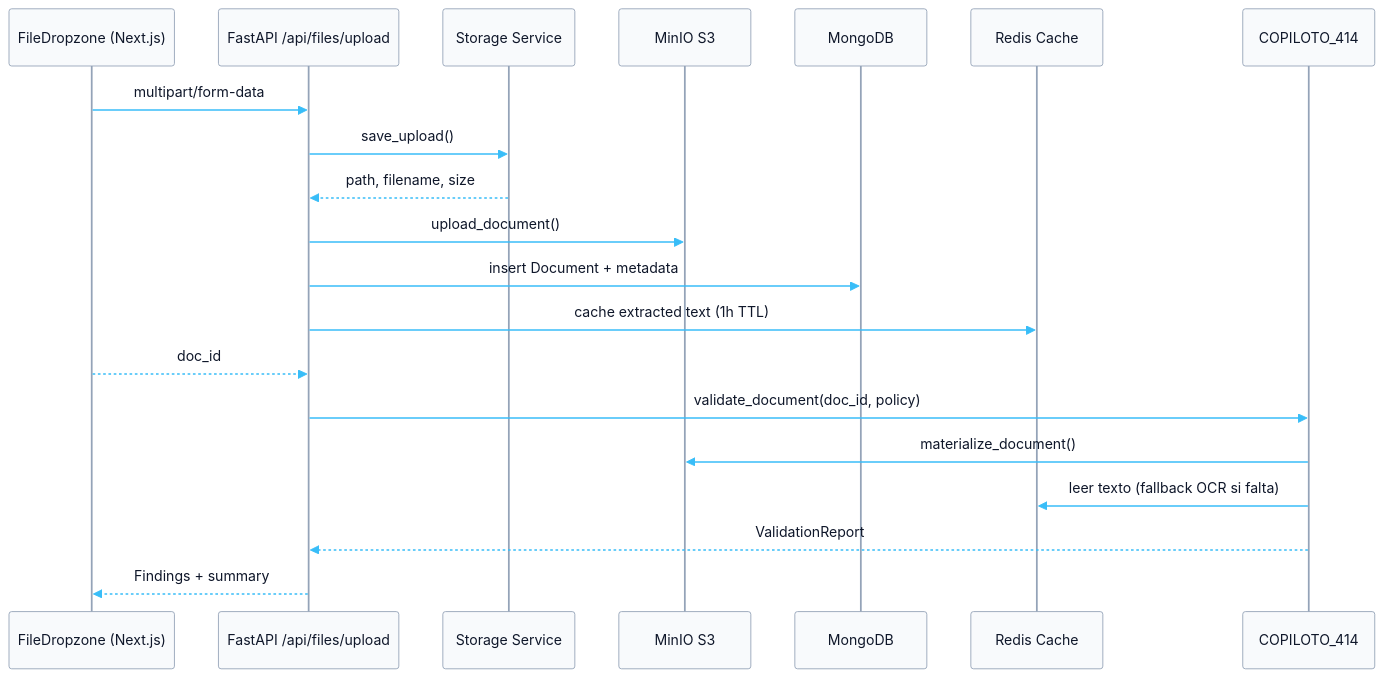
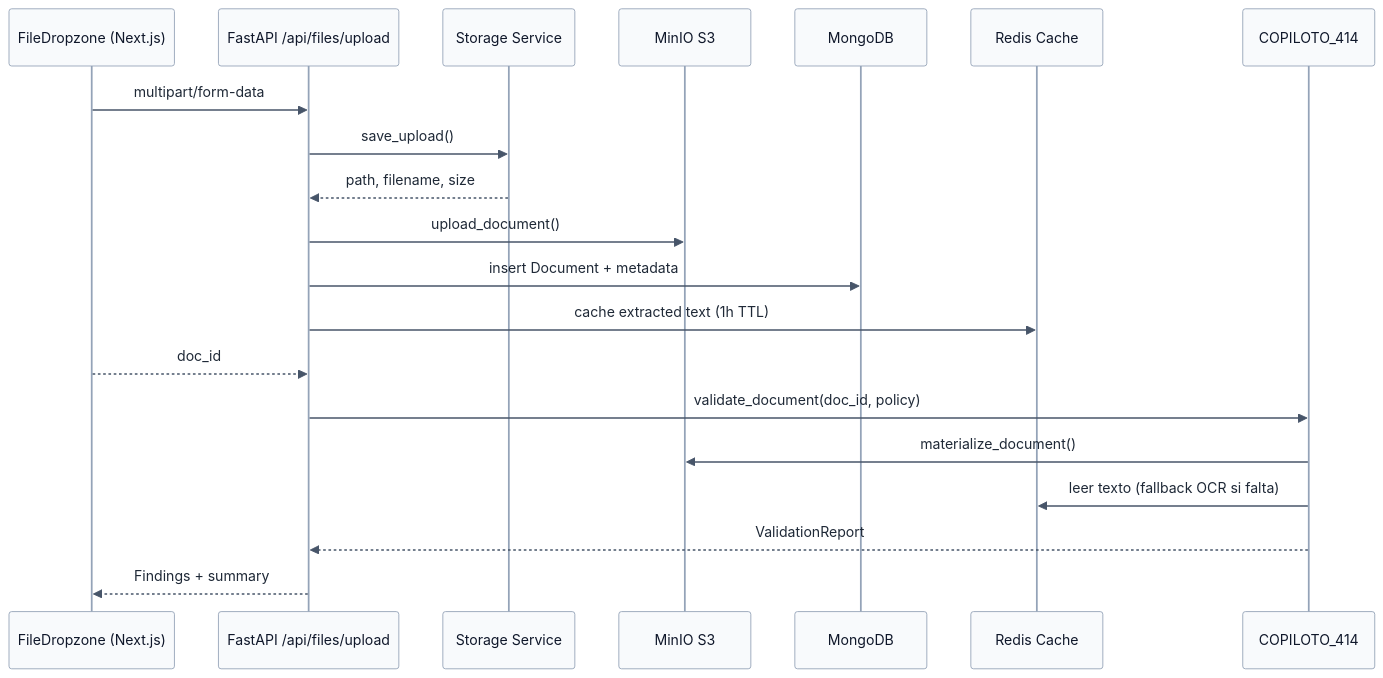
The ninth of 11 diagrams in README.md (saptiva-ai/octavios-chat), drawn with Mermaid before and after one commit. The commit also changed other lines of this file, not shown here.

Commit message:
docs: darken diagram edges

````diff
--- a/README.md
+++ b/README.md
@@ -1052,24 +1052,24 @@
 ```mermaid
-%%{init: {'theme': 'base', 'themeVariables': {'actorBorder': '#94a3b8','actorBkg': '#f8fafc','actorTextColor': '#0f172a','signalColor': '#38bdf8','signalTextColor': '#0f172a','activationBorderColor': '#cbd5e1','activationBkgColor': '#e2e8f0','sequenceNumberColor': '#0ea5e9'}}}%%
+%%{init: {'theme': 'base', 'themeVariables': {'actorBorder': '#94a3b8','actorBkg': '#f8fafc','actorTextColor': '#0f172a','signalColor': '#475569','signalTextColor': '#1f2937','activationBorderColor': '#cbd5e1','activationBkgColor': '#e2e8f0','sequenceNumberColor': '#0ea5e9'}}}%%
 sequenceDiagram
     participant Dropzone as FileDropzone (Next.js)
     participant API as FastAPI /api/files/upload
     participant Storage as Storage Service
     participant MinIO as MinIO S3
     participant Mongo as MongoDB
     participant Redis as Redis Cache
     participant Auditor as COPILOTO_414
 
     Dropzone->>API: multipart/form-data
     API->>Storage: save_upload()
     Storage-->>API: path, filename, size
     API->>MinIO: upload_document()
     API->>Mongo: insert Document + metadata
     API->>Redis: cache extracted text (1h TTL)
     Dropzone-->>API: doc_id
     API->>Auditor: validate_document(doc_id, policy)
     Auditor->>MinIO: materialize_document()
     Auditor->>Redis: leer texto (fallback OCR si falta)
     Auditor-->>API: ValidationReport
     API-->>Dropzone: Findings + summary
 ```
````
